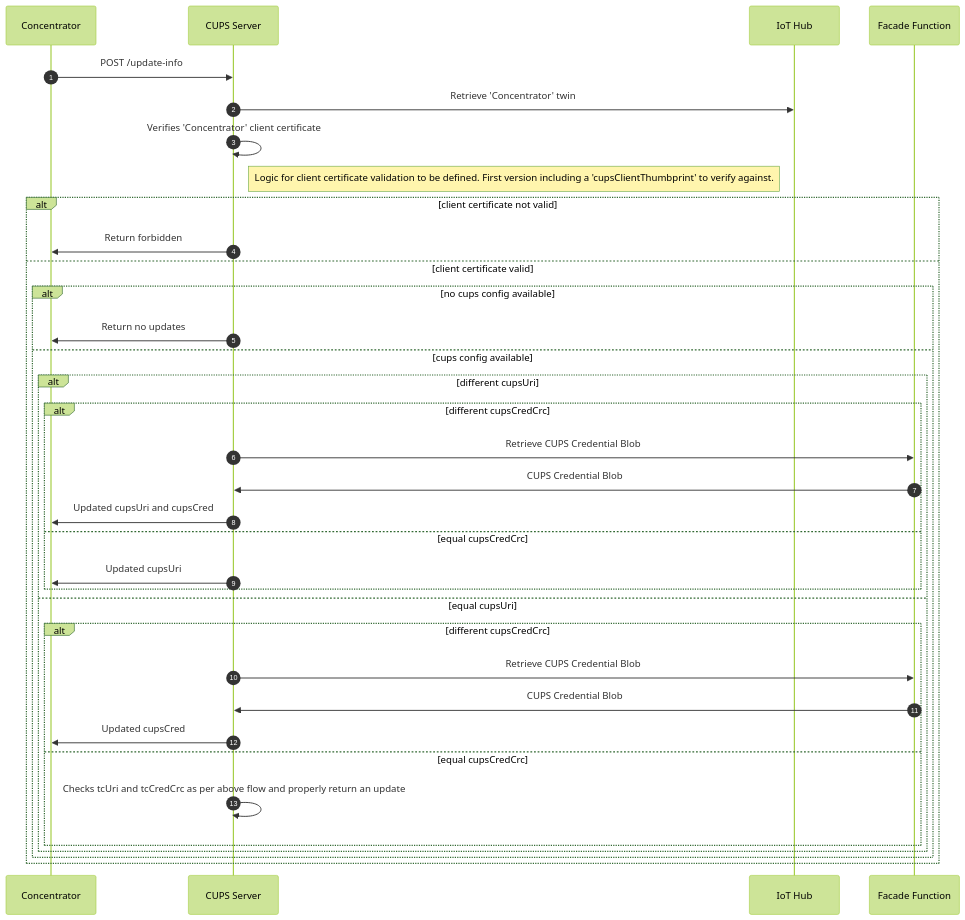
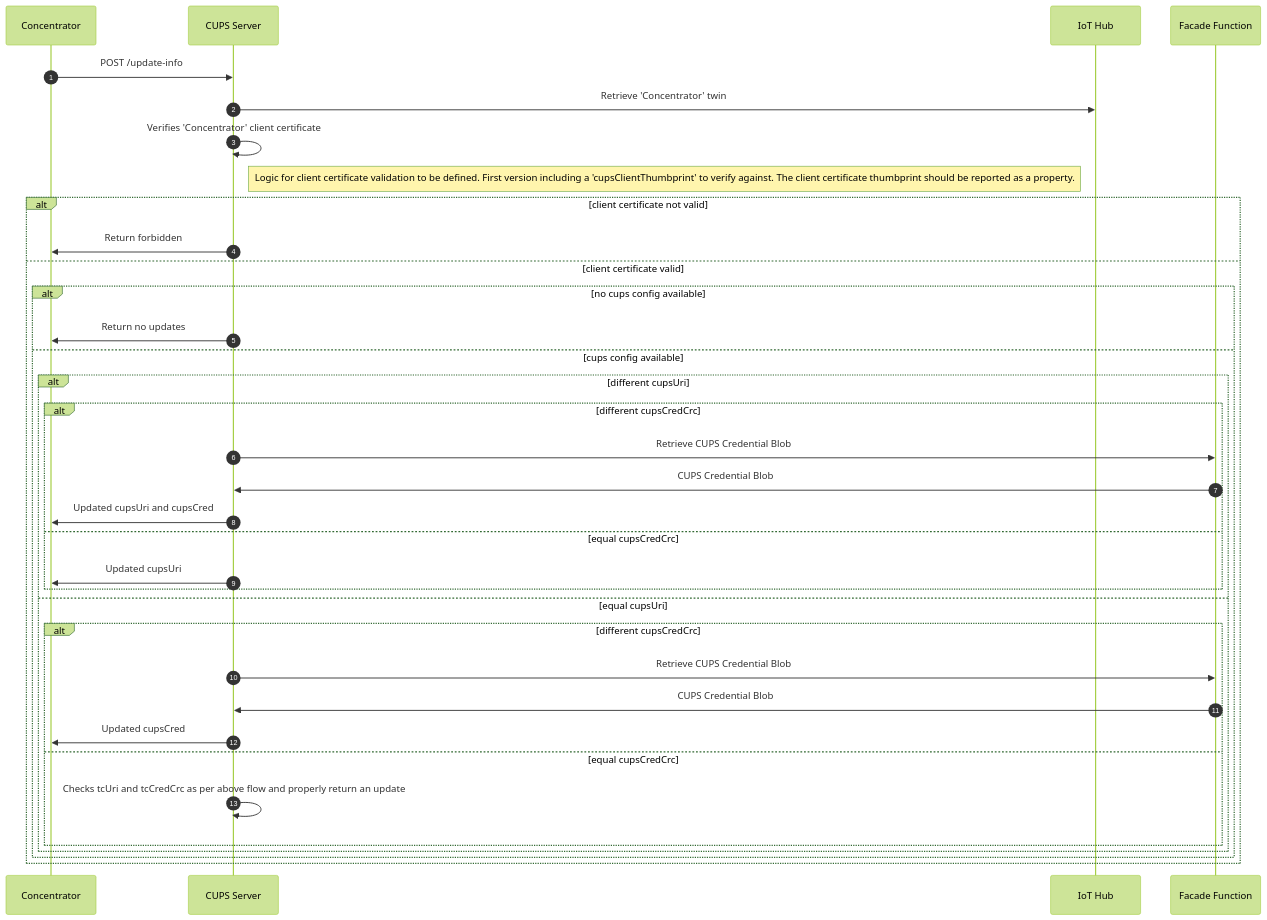
The first of 2 diagrams in docs/adr/006_cups.md (Azure/iotedge-lorawan-starterkit), drawn with Mermaid (forest theme) before and after one commit. The commit also changed other lines of this file, not shown here.

Commit message:
Certificate rotation

````diff
--- a/docs/adr/006_cups.md
+++ b/docs/adr/006_cups.md
@@ -142,33 +142,33 @@
 ```mermaid
   sequenceDiagram
     autonumber
     Concentrator->>CUPS Server: POST /update-info
     CUPS Server->>IoT Hub: Retrieve 'Concentrator' twin
     CUPS Server->>CUPS Server: Verifies 'Concentrator' client certificate
-    Note right of CUPS Server: Logic for client certificate validation to be defined. First version including a 'cupsClientThumbprint' to verify against.
+    Note right of CUPS Server: Logic for client certificate validation to be defined. First version including a 'cupsClientThumbprint' to verify against. The client certificate thumbprint should be reported as a property.
     alt client certificate not valid
         CUPS Server->>Concentrator: Return forbidden
     else client certificate valid
         alt no cups config available
             CUPS Server->>Concentrator: Return no updates
         else cups config available
             alt different cupsUri
                 alt different cupsCredCrc
                     CUPS Server->>Facade Function: Retrieve CUPS Credential Blob
                     Facade Function->>CUPS Server: CUPS Credential Blob
                     CUPS Server->>Concentrator: Updated cupsUri and cupsCred
                 else equal cupsCredCrc
                     CUPS Server->>Concentrator: Updated cupsUri
                 end
             else equal cupsUri
                 alt different cupsCredCrc
                     CUPS Server->>Facade Function: Retrieve CUPS Credential Blob
                     Facade Function->>CUPS Server: CUPS Credential Blob
                     CUPS Server->>Concentrator: Updated cupsCred
                 else equal cupsCredCrc
                     CUPS Server->>CUPS Server: Checks tcUri and tcCredCrc as per above flow and properly return an update
                 end
             end
         end
     end
 ```
````
